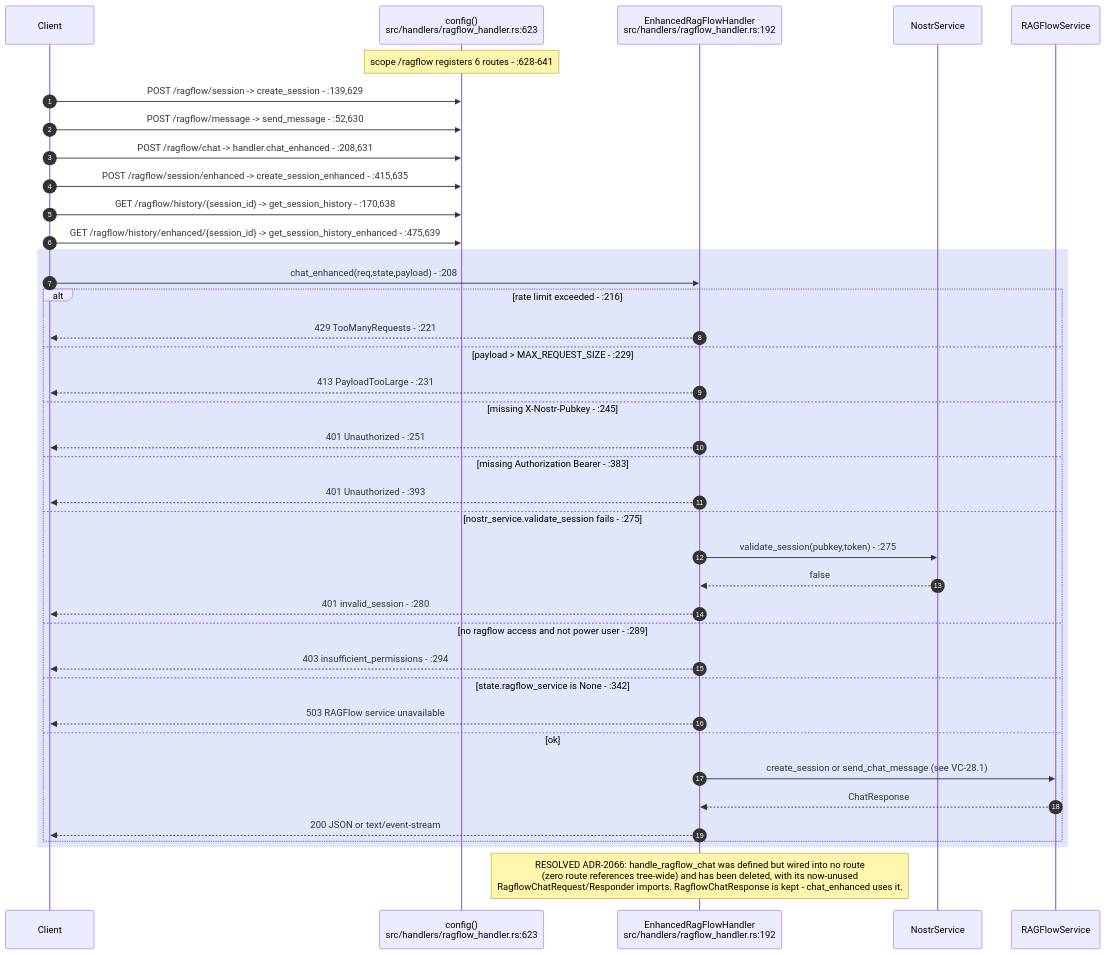
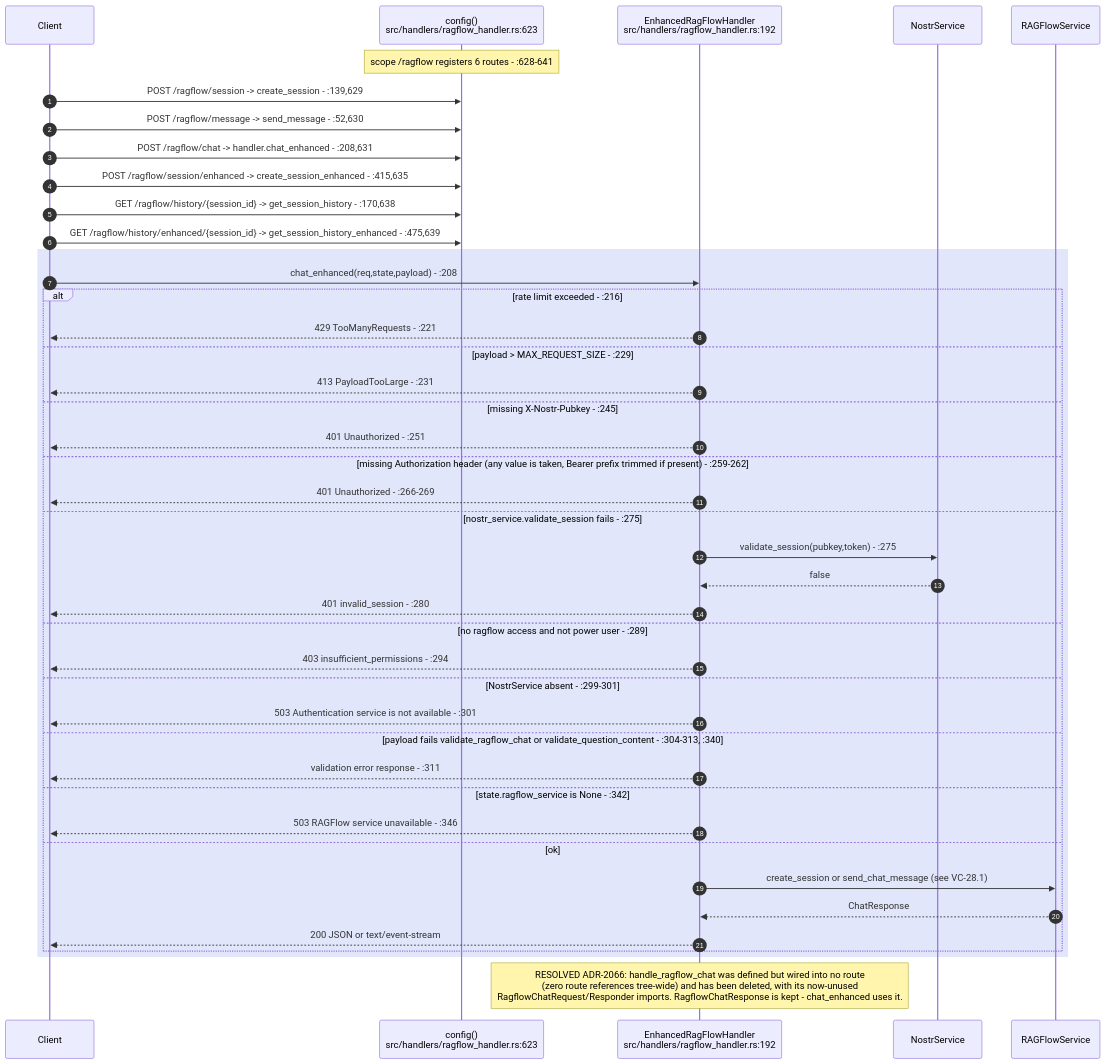
Before and after one commit to DreamLab-AI/VisionFlow: the second of 8 diagrams in docs/diagrams/visionclaw/28-external-services.md, drawn with Mermaid. The commit also changed other lines of this file and 173 other files, not shown here.

````diff
--- a/docs/diagrams/visionclaw/28-external-services.md
+++ b/docs/diagrams/visionclaw/28-external-services.md
@@ -92,44 +92,48 @@
 ```mermaid
 sequenceDiagram
     autonumber
     participant C as Client
     participant CFG as config()<br/>src/handlers/ragflow_handler.rs:623
     participant H as EnhancedRagFlowHandler<br/>src/handlers/ragflow_handler.rs:192
     participant N as NostrService
     participant RS as RAGFlowService
 
     Note over CFG: scope /ragflow registers 6 routes - :628-641
     C->>CFG: POST /ragflow/session -> create_session - :139,629
     C->>CFG: POST /ragflow/message -> send_message - :52,630
     C->>CFG: POST /ragflow/chat -> handler.chat_enhanced - :208,631
     C->>CFG: POST /ragflow/session/enhanced -> create_session_enhanced - :415,635
     C->>CFG: GET /ragflow/history/{session_id} -> get_session_history - :170,638
     C->>CFG: GET /ragflow/history/enhanced/{session_id} -> get_session_history_enhanced - :475,639
 
     rect rgb(225,230,250)
     C->>H: chat_enhanced(req,state,payload) - :208
     alt rate limit exceeded - :216
         H-->>C: 429 TooManyRequests - :221
     else payload > MAX_REQUEST_SIZE - :229
         H-->>C: 413 PayloadTooLarge - :231
     else missing X-Nostr-Pubkey - :245
         H-->>C: 401 Unauthorized - :251
-    else missing Authorization Bearer - :383
-        H-->>C: 401 Unauthorized - :393
+    else missing Authorization header (any value is taken, Bearer prefix trimmed if present) - :259-262
+        H-->>C: 401 Unauthorized - :266-269
     else nostr_service.validate_session fails - :275
         H->>N: validate_session(pubkey,token) - :275
         N-->>H: false
         H-->>C: 401 invalid_session - :280
     else no ragflow access and not power user - :289
         H-->>C: 403 insufficient_permissions - :294
+    else NostrService absent - :299-301
+        H-->>C: 503 Authentication service is not available - :301
+    else payload fails validate_ragflow_chat or validate_question_content - :304-313, :340
+        H-->>C: validation error response - :311
     else state.ragflow_service is None - :342
-        H-->>C: 503 RAGFlow service unavailable
+        H-->>C: 503 RAGFlow service unavailable - :346
     else ok
         H->>RS: create_session or send_chat_message (see VC-28.1)
         RS-->>H: ChatResponse
         H-->>C: 200 JSON or text/event-stream
     end
     end
 
     Note over H: RESOLVED ADR-2066: handle_ragflow_chat was defined but wired into no route<br/>(zero route references tree-wide) and has been deleted, with its now-unused<br/>RagflowChatRequest/Responder imports. RagflowChatResponse is kept - chat_enhanced uses it.
 ```
````
